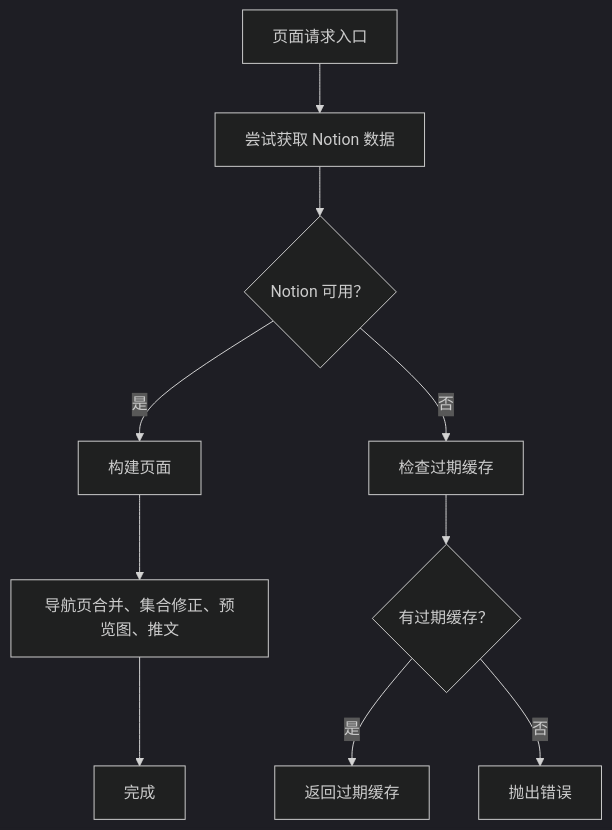
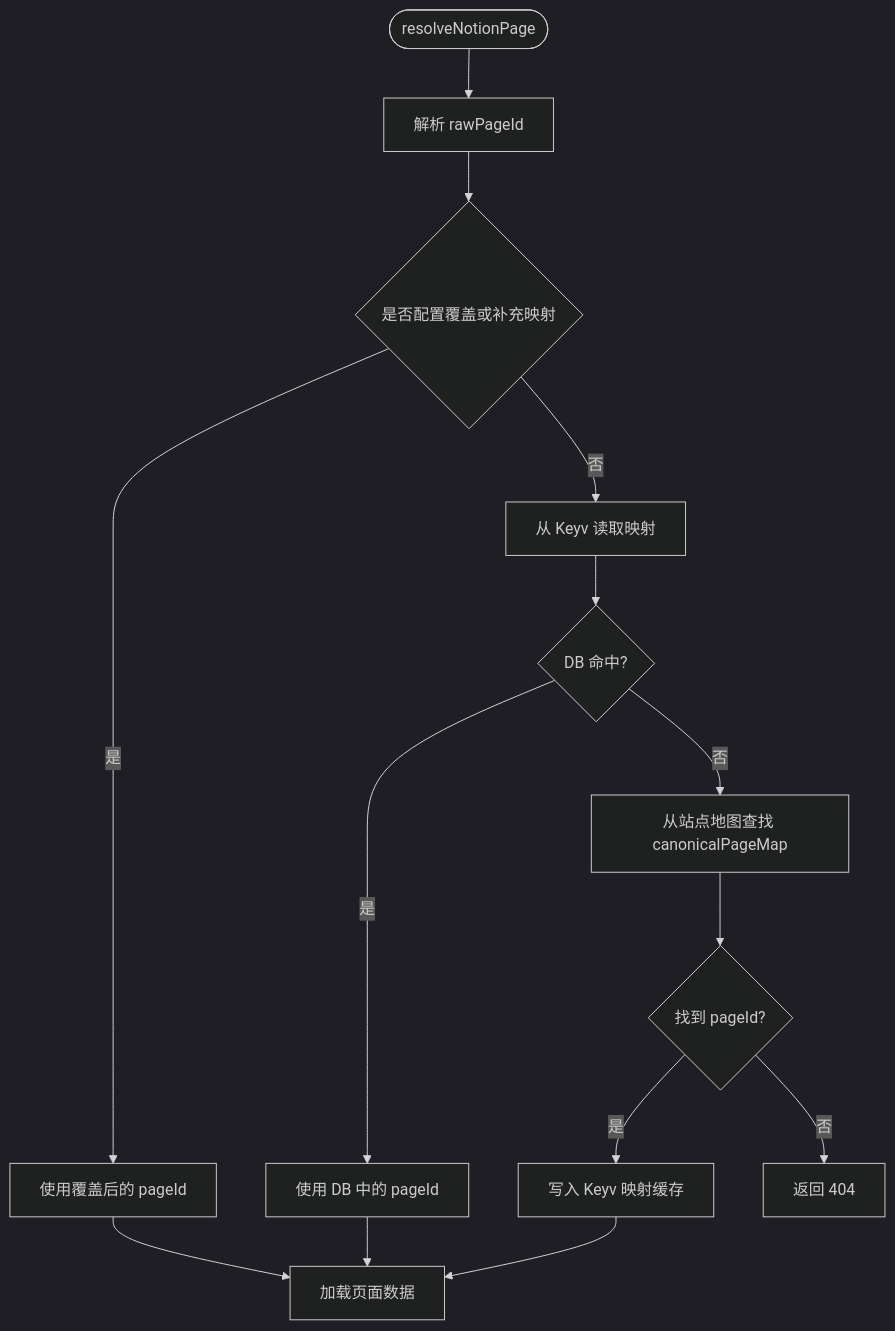
Before and after one commit to PhysicalMouse/nextjs-notion-starter-kit: the fourth of 5 diagrams in .qoder/repowiki/zh/content/性能优化/缓存策略.md, drawn with Mermaid (dark theme). The commit also changed other lines of this file and 186 other files, not shown here.

````diff
--- a/.qoder/repowiki/zh/content/性能优化/缓存策略.md
+++ b/.qoder/repowiki/zh/content/性能优化/缓存策略.md
@@ -297,12 +200,16 @@
 ```mermaid
 flowchart TD
-Entry["页面请求入口"] --> TryNotion["尝试获取 Notion 数据"]
-TryNotion --> NotionOK{"Notion 可用？"}
-NotionOK --> |是| BuildPage["构建页面"]
-NotionOK --> |否| FallbackCache["检查过期缓存"]
-FallbackCache --> HasFallback{"有过期缓存？"}
-HasFallback --> |是| ServeStale["返回过期缓存"]
-HasFallback --> |否| Error["抛出错误"]
-BuildPage --> PostProcess["导航页合并、集合修正、预览图、推文"]
-PostProcess --> Done["完成"]
+Entry(["resolveNotionPage"]) --> ParseId["解析 rawPageId"]
+ParseId --> HasOverride{"是否配置覆盖或补充映射"}
+HasOverride --> |是| UseOverride["使用覆盖后的 pageId"]
+HasOverride --> |否| TryDb["从 Keyv 读取映射"]
+TryDb --> DbHit{"DB 命中?"}
+DbHit --> |是| UseDbId["使用 DB 中的 pageId"]
+DbHit --> |否| SiteMap["从站点地图查找 canonicalPageMap"]
+SiteMap --> Found{"找到 pageId?"}
+Found --> |是| WriteDb["写入 Keyv 映射缓存"]
+Found --> |否| NotFound["返回 404"]
+UseOverride --> LoadPage["加载页面数据"]
+UseDbId --> LoadPage
+WriteDb --> LoadPage
 ```
````
